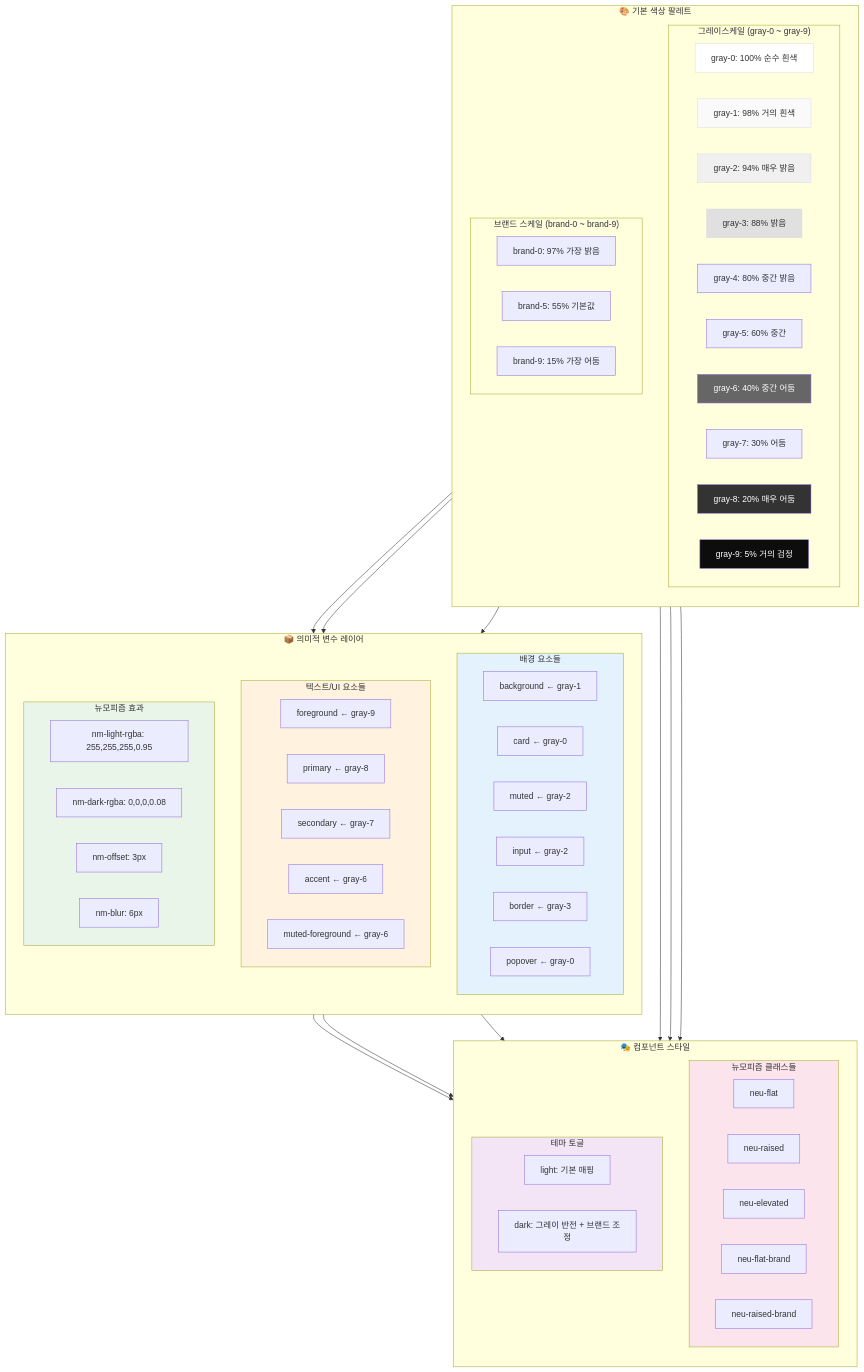
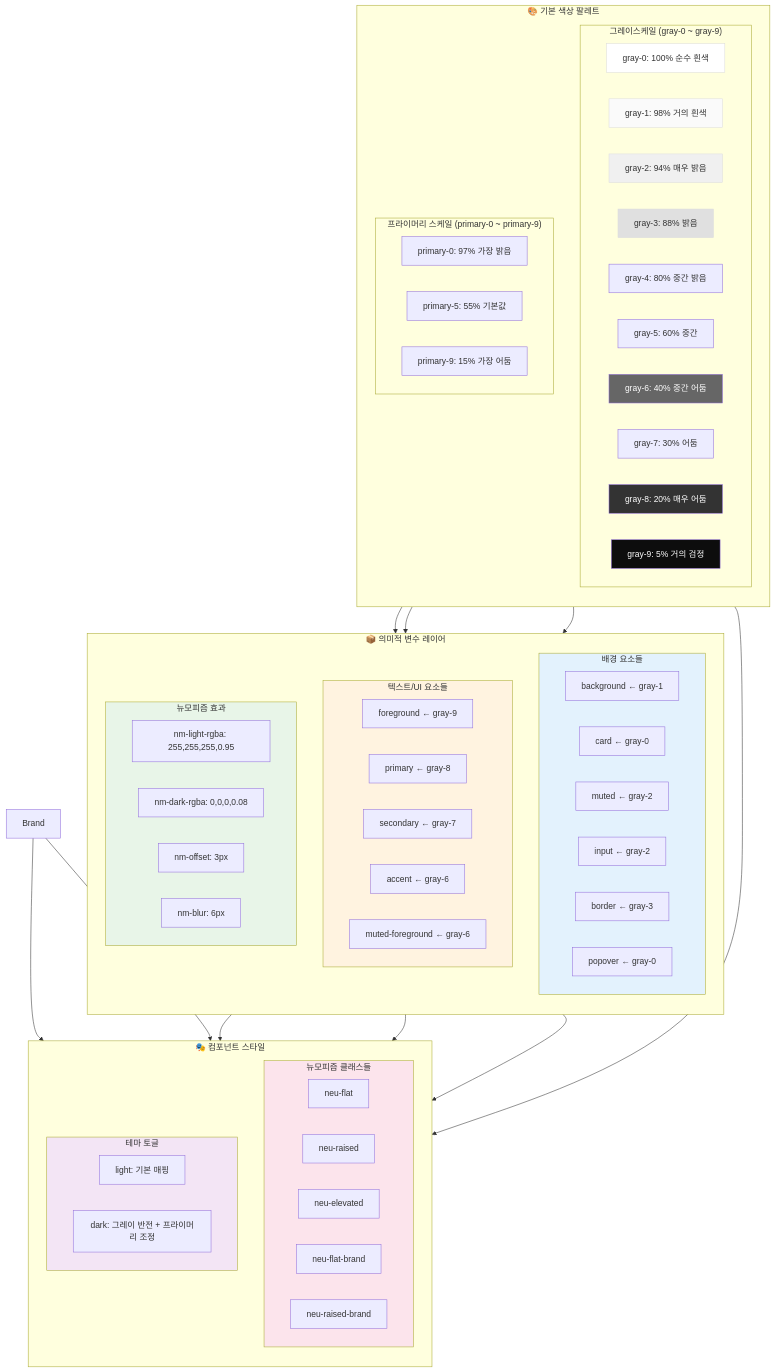
Before and after one commit to webcodur/next-temp: the second of 11 diagrams in src/styles/STYLE_GUIDE.md, drawn with Mermaid. The commit also changed other lines of this file and 79 other files, not shown here.

```diff
--- a/src/styles/STYLE_GUIDE.md
+++ b/src/styles/STYLE_GUIDE.md
@@ -88,10 +88,10 @@
             G9[gray-9: 5% 거의 검정]
         end
         
-        subgraph Brand["브랜드 스케일 (brand-0 ~ brand-9)"]
-            B0[brand-0: 97% 가장 밝음]
-            B5[brand-5: 55% 기본값]
-            B9[brand-9: 15% 가장 어둠]
+        subgraph Primary["프라이머리 스케일 (primary-0 ~ primary-9)"]
+            B0[primary-0: 97% 가장 밝음]
+            B5[primary-5: 55% 기본값]
+            B9[primary-9: 15% 가장 어둠]
         end
     end
     
@@ -136,7 +136,7 @@
         
         subgraph Theme["테마 토글"]
             T1[light: 기본 매핑]
-            T2[dark: 그레이 반전 + 브랜드 조정]
+            T2[dark: 그레이 반전 + 프라이머리 조정]
         end
     end
     
```
